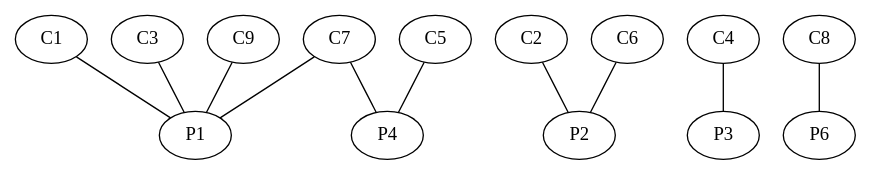
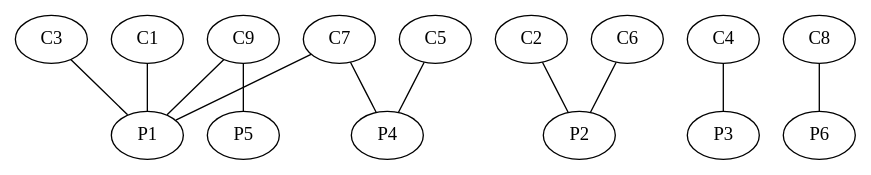
One commit to pedrodemargomes/grafos_trab1 changed the diagram in grafo.dot. Above: the diagram before and after it, drawn with Graphviz. The commit also changed 3 other files, not shown here.

```diff
--- a/grafo.dot
+++ b/grafo.dot
@@ -1,12 +1,30 @@
  graph graphname {
-     C1 -- P1
+     C1 [tipo="c"] 
+     C2 [tipo="c"]
+     C3 [tipo="c"]
+     C4 [tipo="c"]
+     C5 [tipo="c"]
+     C6 [tipo="c"]
+     C7 [tipo="c"]
+     C8 [tipo="c"]
+     C9 [tipo="c"]
+
+     P1 [tipo="p"]
+     P2 [tipo="p"]
+     P3 [tipo="p"]
+     P4 [tipo="p"]
+     P5 [tipo="p"]
+     P6 [tipo="p"]
+
+	 C1 -- P1
      C2 -- P2
      C3 -- P1
      C4 -- P3
      C5 -- P4
      C6 -- P2
      C7 -- P1
      C7 -- P4
      C8 -- P6
      C9 -- P1
+     C9 -- P5
  }
```
